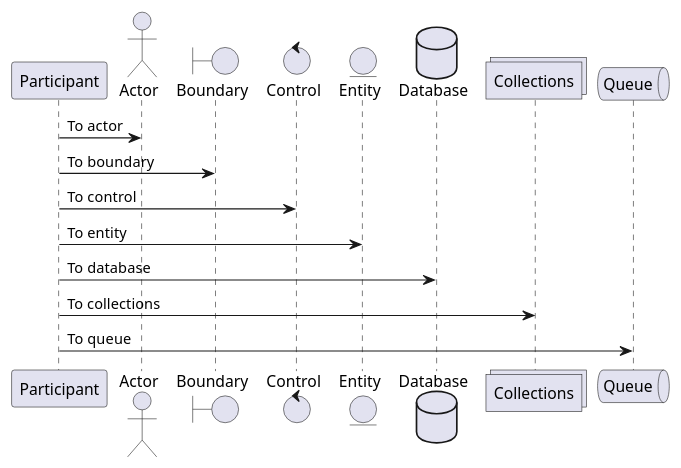
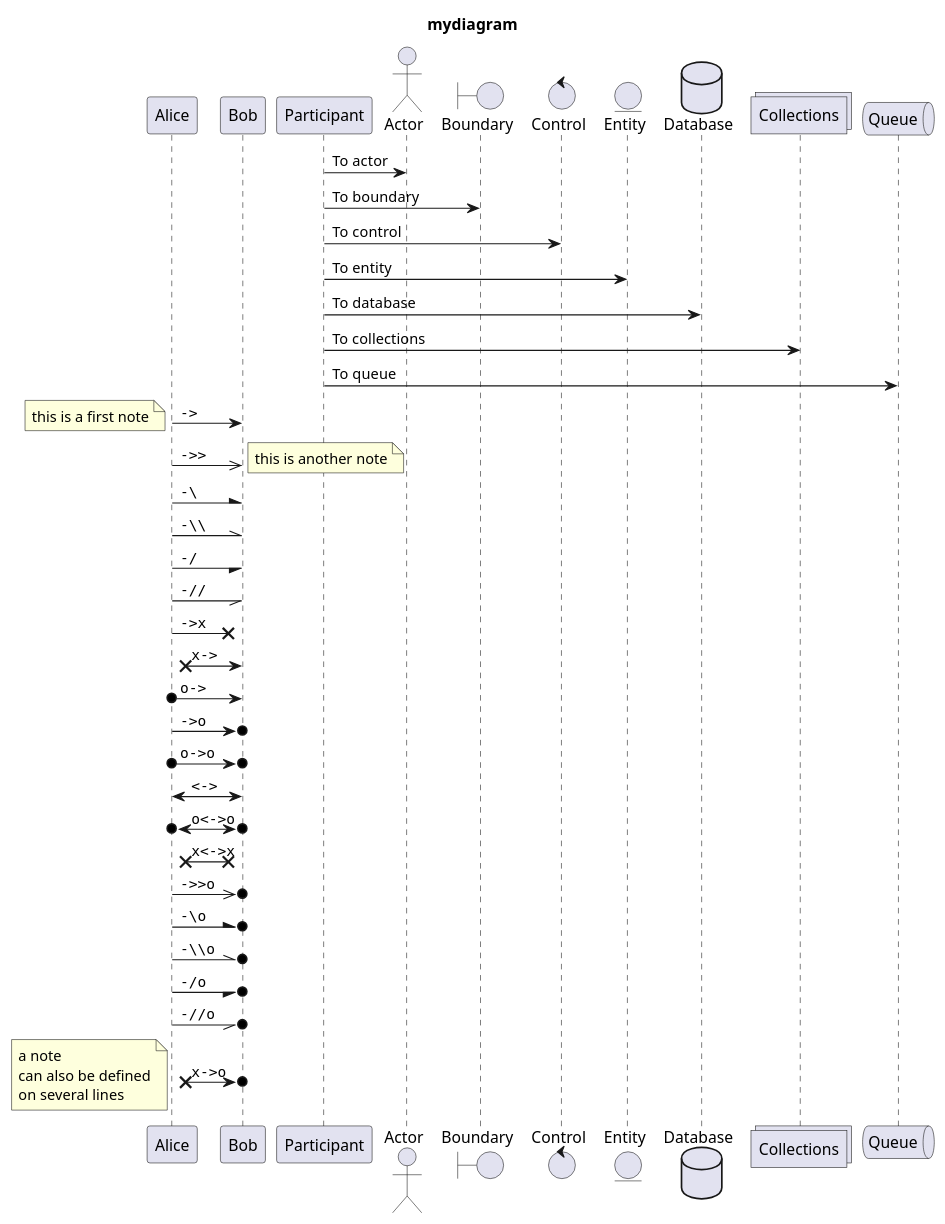
Before and after one commit to bsorrentino/ace-plantuml: the diagram in demo/kitchen-sink/docs/plantuml.puml, drawn with PlantUML.

Commit message:
test: add more example for demo

```diff
--- a/demo/kitchen-sink/docs/plantuml.puml
+++ b/demo/kitchen-sink/docs/plantuml.puml
@@ -1,17 +1,53 @@
 @startuml diagram
+
+title mydiagram
+
+participant Alice as a
+participant Bob   as b
 participant Participant as Foo
 actor       Actor       as Foo1
 boundary    Boundary    as Foo2
 control     Control     as Foo3
 entity      Entity      as Foo4
 database    Database    as Foo5
 collections Collections as Foo6
 queue       Queue       as Foo7
+
 Foo -> Foo1 : To actor 
 Foo -> Foo2 : To boundary
 Foo -> Foo3 : To control
 Foo -> Foo4 : To entity
 Foo -> Foo5 : To database
 Foo -> Foo6 : To collections
 Foo -> Foo7: To queue
+
+a ->     b : ""->   ""
+note left: this is a first note
+a ->>    b : ""->>  ""
+note right: this is another note
+a -\     b : ""-\   ""
+a -\\    b : ""-\\\\""
+a -/     b : ""-/   ""
+a -//    b : ""-//  ""
+a ->x    b : ""->x  ""
+a x->    b : ""x->  ""
+a o->    b : ""o->  ""
+a ->o    b : ""->o  ""
+a o->o   b : ""o->o ""
+a <->    b : ""<->  ""
+a o<->o  b : ""o<->o""
+a x<->x  b : ""x<->x""
+a ->>o   b : ""->>o ""
+a -\o    b : ""-\o  ""
+a -\\o   b : ""-\\\\o""
+a -/o    b : ""-/o  ""
+a -//o   b : ""-//o ""
+a x->o   b : ""x->o ""
+note left
+a note
+can also be defined
+on several lines
+end note
+
+
 @enduml
```
